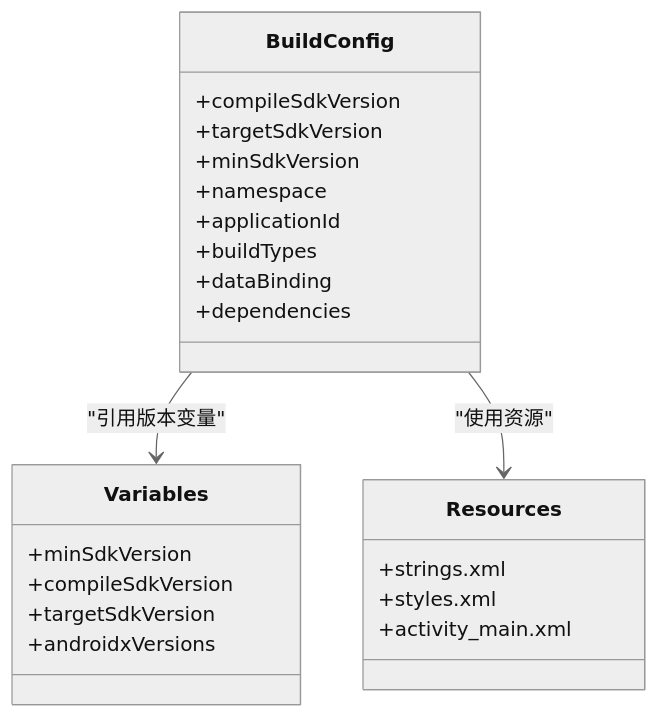
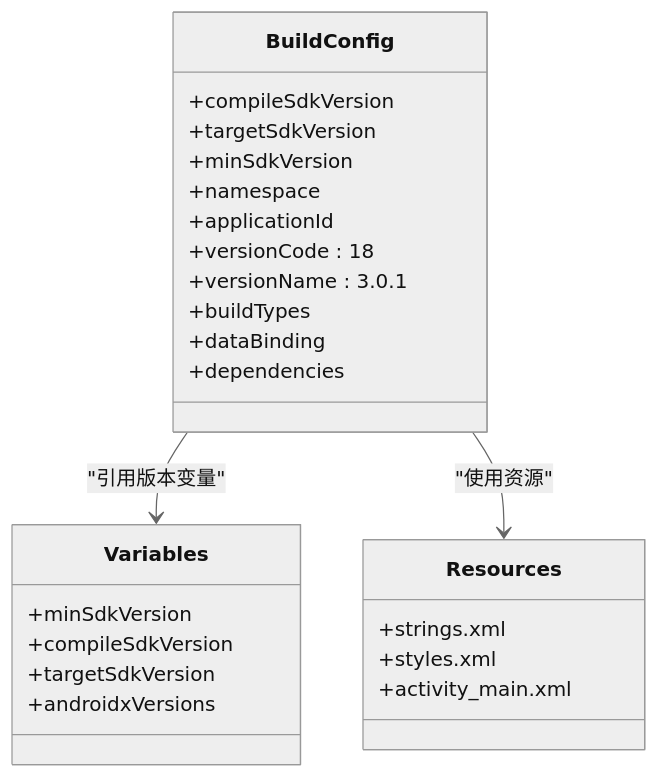
The fifth of 11 diagrams in .qoder/repowiki/zh/content/原生平台集成/Android平台集成.md (tea4go/Macro-Deck-Client-App), drawn with Mermaid (neutral theme) before and after one commit. The commit also changed other lines of this file and 50 other files, not shown here.

````diff
--- a/.qoder/repowiki/zh/content/原生平台集成/Android平台集成.md
+++ b/.qoder/repowiki/zh/content/原生平台集成/Android平台集成.md
@@ -287,26 +300,28 @@
 ```mermaid
 classDiagram
 class BuildConfig {
 +compileSdkVersion
 +targetSdkVersion
 +minSdkVersion
 +namespace
 +applicationId
++versionCode : 18
++versionName : 3.0.1
 +buildTypes
 +dataBinding
 +dependencies
 }
 class Variables {
 +minSdkVersion
 +compileSdkVersion
 +targetSdkVersion
 +androidxVersions
 }
 class Resources {
 +strings.xml
 +styles.xml
 +activity_main.xml
 }
 BuildConfig --> Variables : "引用版本变量"
 BuildConfig --> Resources : "使用资源"
 ```
````
